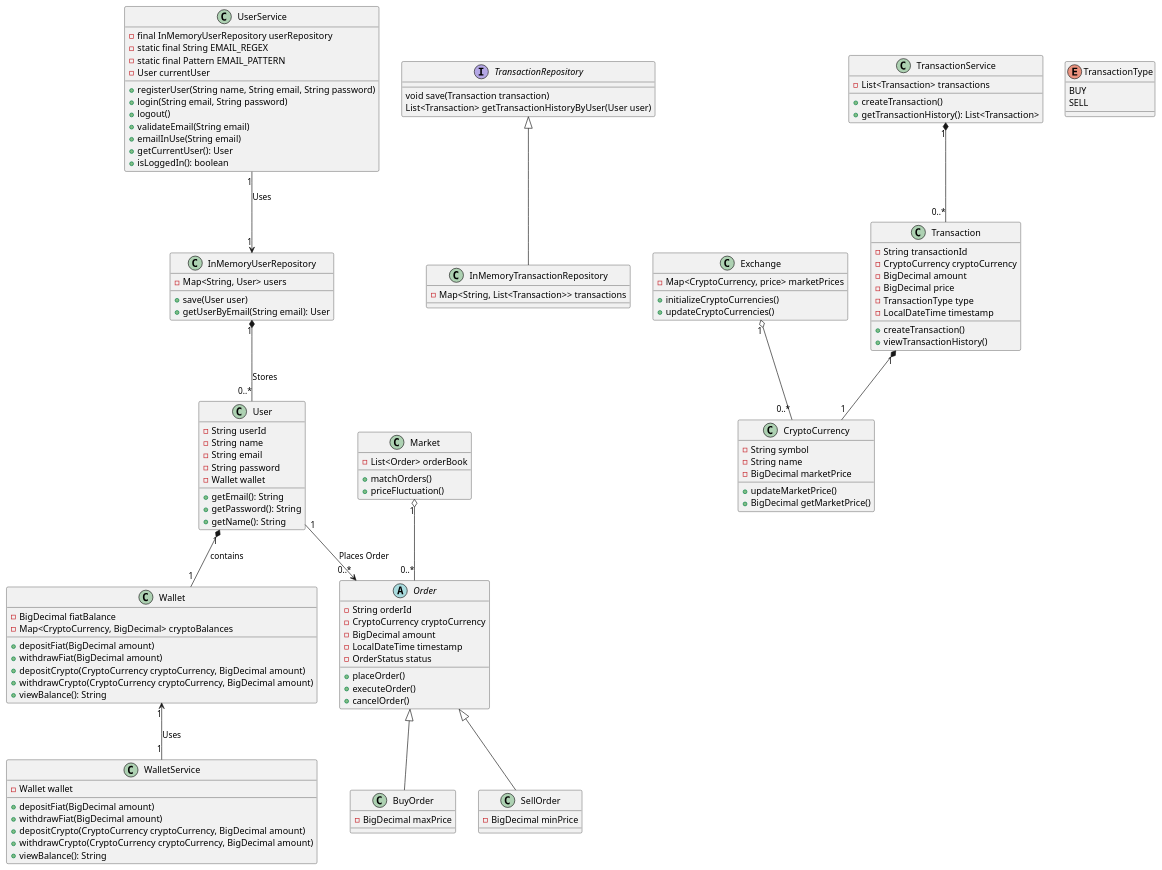
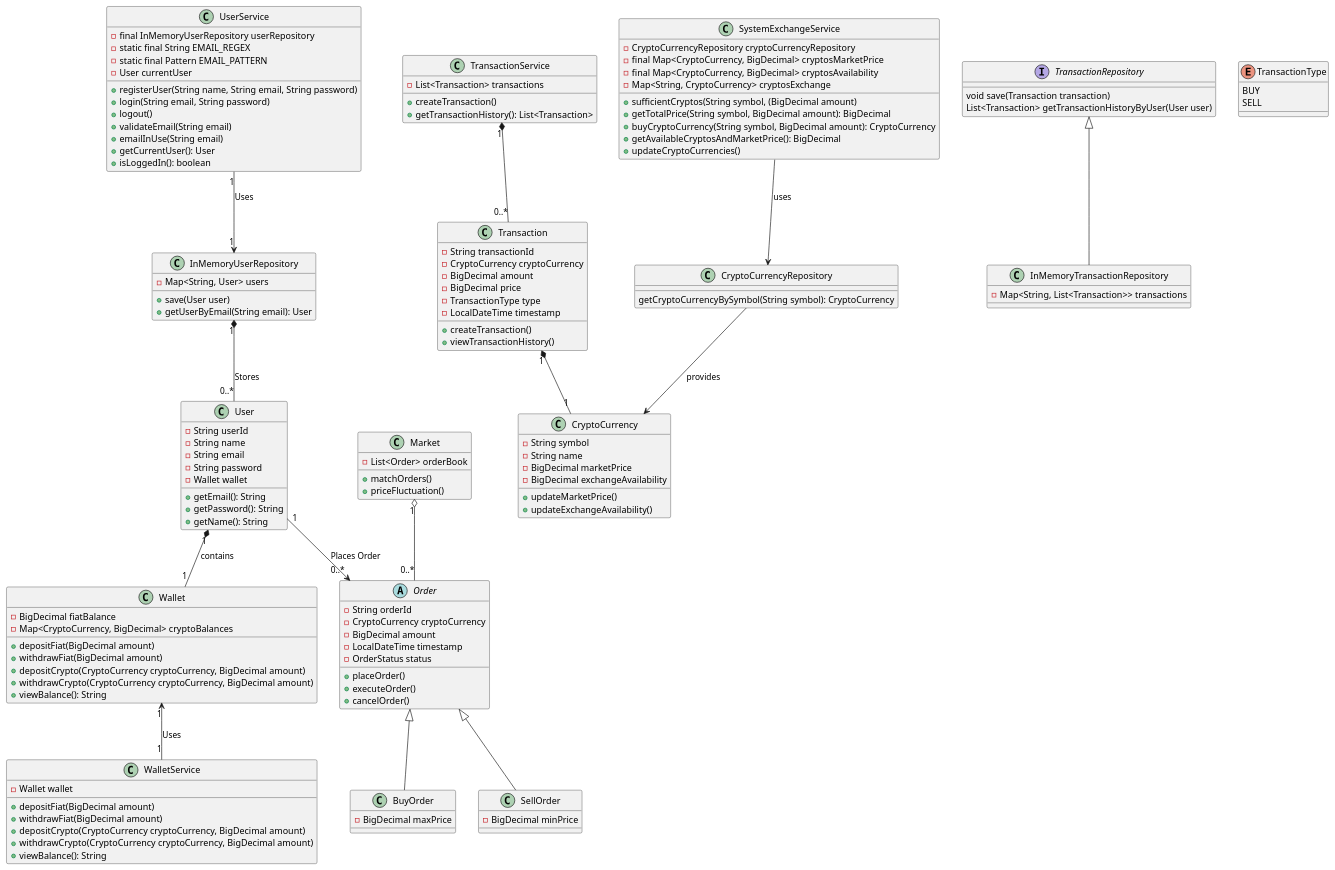
Before and after one commit to LeynderS/crypto_exchange_system: the diagram in diagram/class_diagram.puml, drawn with PlantUML. The commit also changed 22 other files, not shown here.

Commit message:
Reorganized project structure, implemented and tested functionality for buying cryptocurrencies directly from the exchange with appropriate validations, and updated PlantUML diagram

```diff
--- a/diagram/class_diagram.puml
+++ b/diagram/class_diagram.puml
@@ -1,143 +1,158 @@
 @startuml
 
 class UserService{
 -final InMemoryUserRepository userRepository
 -static final String EMAIL_REGEX
 -static final Pattern EMAIL_PATTERN
 -User currentUser
 +registerUser(String name, String email, String password)
 +login(String email, String password)
 +logout()
 +validateEmail(String email)
 +emailInUse(String email)
 +getCurrentUser(): User
 +isLoggedIn(): boolean
 }
 
 class InMemoryUserRepository {
   -Map<String, User> users
   +save(User user)
   +getUserByEmail(String email): User
 }
 
 class User {
 -String userId
 -String name
 -String email
 -String password
 -Wallet wallet
 +getEmail(): String
 +getPassword(): String
 +getName(): String
 }
 
 class WalletService{
 -Wallet wallet
 +depositFiat(BigDecimal amount)
 +withdrawFiat(BigDecimal amount)
 +depositCrypto(CryptoCurrency cryptoCurrency, BigDecimal amount)
 +withdrawCrypto(CryptoCurrency cryptoCurrency, BigDecimal amount)
 +viewBalance(): String
 }
 
 class Wallet {
 -BigDecimal fiatBalance
 -Map<CryptoCurrency, BigDecimal> cryptoBalances
 +depositFiat(BigDecimal amount)
 +withdrawFiat(BigDecimal amount)
 +depositCrypto(CryptoCurrency cryptoCurrency, BigDecimal amount)
 +withdrawCrypto(CryptoCurrency cryptoCurrency, BigDecimal amount)
 +viewBalance(): String
+}
+
+class CryptoCurrencyRepository{
+getCryptoCurrencyBySymbol(String symbol): CryptoCurrency
+}
+
+class SystemExchangeService{
+-CryptoCurrencyRepository cryptoCurrencyRepository
+-final Map<CryptoCurrency, BigDecimal> cryptosMarketPrice
+-final Map<CryptoCurrency, BigDecimal> cryptosAvailability
++sufficientCryptos(String symbol, (BigDecimal amount)
++getTotalPrice(String symbol, BigDecimal amount): BigDecimal
++buyCryptoCurrency(String symbol, BigDecimal amount): CryptoCurrency
++getAvailableCryptosAndMarketPrice(): BigDecimal
 }
 
 abstract class Order {
 -String orderId
 -CryptoCurrency cryptoCurrency
 -BigDecimal amount
 -LocalDateTime timestamp
 -OrderStatus status
 +placeOrder()
 +executeOrder()
 +cancelOrder()
 }
 
 class BuyOrder {
 -BigDecimal maxPrice
 }
 
 class SellOrder{
 -BigDecimal minPrice
 }
 
 
 interface TransactionRepository {
 void save(Transaction transaction)
 List<Transaction> getTransactionHistoryByUser(User user)
 }
 
 class InMemoryTransactionRepository {
   -Map<String, List<Transaction>> transactions
 }
 
 class Transaction {
 -String transactionId
 -CryptoCurrency cryptoCurrency
 -BigDecimal amount
 -BigDecimal price
 -TransactionType type
 -LocalDateTime timestamp
 +createTransaction()
 +viewTransactionHistory()
 }
 
 class TransactionService {
   -List<Transaction> transactions
   +createTransaction()
   +getTransactionHistory(): List<Transaction>
 }
 
 
 class CryptoCurrency {
 -String symbol
 -String name
 -BigDecimal marketPrice
+-BigDecimal exchangeAvailability
 +updateMarketPrice()
-+BigDecimal getMarketPrice()
++updateExchangeAvailability()
 }
 
 
 class Market{
 -List<Order> orderBook
 +matchOrders()
 +priceFluctuation()
 }
 
-class Exchange{
--Map<CryptoCurrency, price> marketPrices
-+initializeCryptoCurrencies()
+class SystemExchangeService{
+-Map<String, CryptoCurrency> cryptosExchange
 +updateCryptoCurrencies()
 }
 
 
 enum TransactionType {
 BUY
 SELL
 }
 
 UserService "1" --> "1" InMemoryUserRepository : Uses
 InMemoryUserRepository "1" *-- "0..*" User : Stores
 User "1" *-- "1" Wallet : contains
 Wallet "1" <-- "1" WalletService : Uses
+CryptoCurrencyRepository --> CryptoCurrency : provides
+SystemExchangeService --> CryptoCurrencyRepository : uses
 
 User "1" --> "0..*" Order : Places Order
 
 TransactionRepository <|-- InMemoryTransactionRepository
 
 TransactionService "1" *-- "0..*" Transaction
 Transaction "1" *-- "1" CryptoCurrency
 Order <|-- BuyOrder
 Order <|-- SellOrder
 Market "1" o-- "0..*" Order
-Exchange "1" o-- "0..*" CryptoCurrency
 
 @enduml
```
